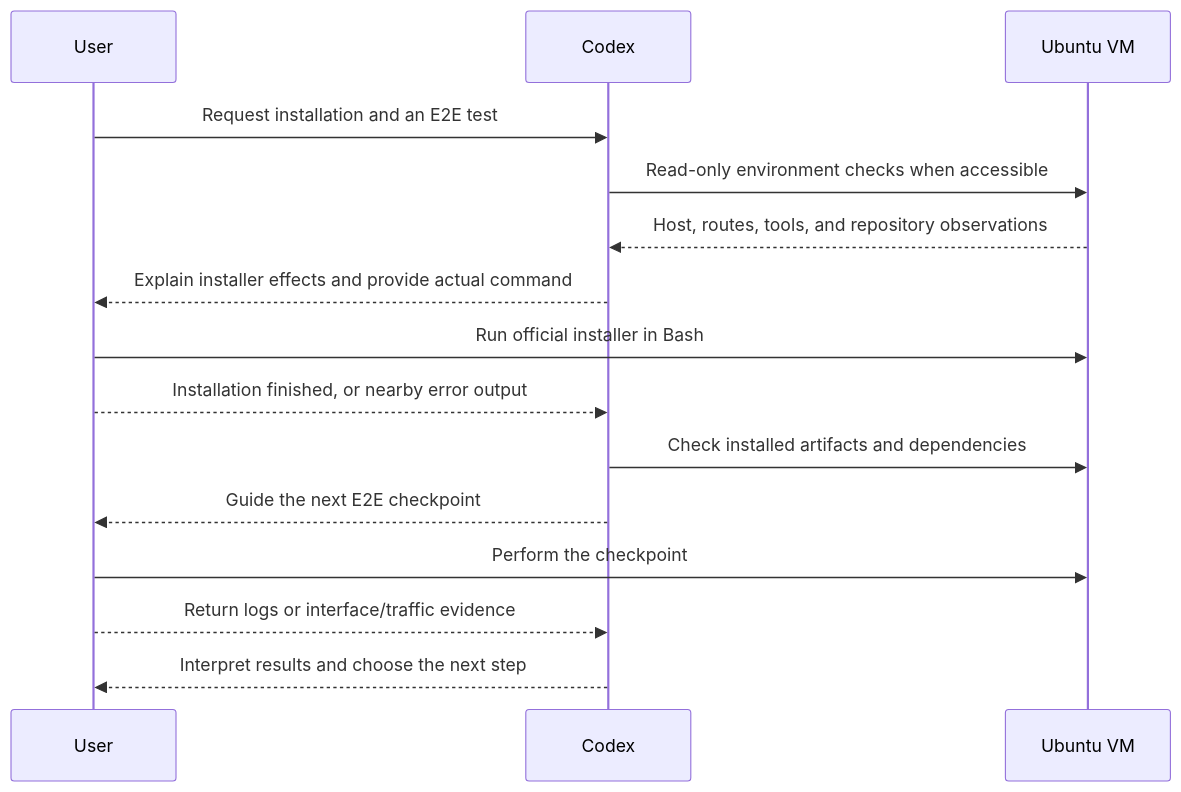
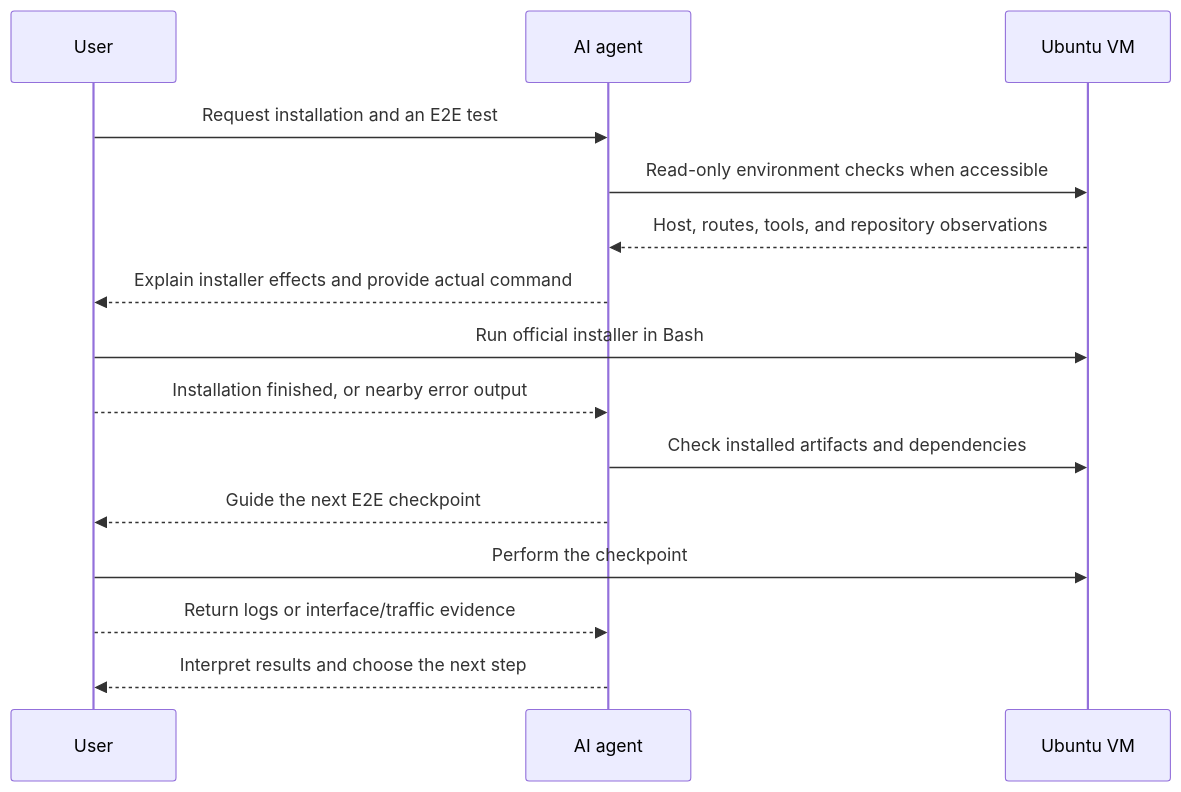
The second of 6 diagrams in docs/blog/20260812/20260812.md (free5gc/free5gc.github.io), drawn with Mermaid before and after one commit. The commit also changed other lines of this file, not shown here.

Commit message:
docs(blog): generalize agent guidance and simplify workflow diagram

````diff
--- a/docs/blog/20260812/20260812.md
+++ b/docs/blog/20260812/20260812.md
@@ -89,17 +89,17 @@
 ```mermaid
 sequenceDiagram
     participant User
-    participant Codex
+    participant Agent as AI agent
     participant VM as Ubuntu VM
-    User->>Codex: Request installation and an E2E test
-    Codex->>VM: Read-only environment checks when accessible
-    VM-->>Codex: Host, routes, tools, and repository observations
-    Codex-->>User: Explain installer effects and provide actual command
+    User->>Agent: Request installation and an E2E test
+    Agent->>VM: Read-only environment checks when accessible
+    VM-->>Agent: Host, routes, tools, and repository observations
+    Agent-->>User: Explain installer effects and provide actual command
     User->>VM: Run official installer in Bash
-    User-->>Codex: Installation finished, or nearby error output
-    Codex->>VM: Check installed artifacts and dependencies
-    Codex-->>User: Guide the next E2E checkpoint
+    User-->>Agent: Installation finished, or nearby error output
+    Agent->>VM: Check installed artifacts and dependencies
+    Agent-->>User: Guide the next E2E checkpoint
     User->>VM: Perform the checkpoint
-    User-->>Codex: Return logs or interface/traffic evidence
-    Codex-->>User: Interpret results and choose the next step
+    User-->>Agent: Return logs or interface/traffic evidence
+    Agent-->>User: Interpret results and choose the next step
 ```
````
